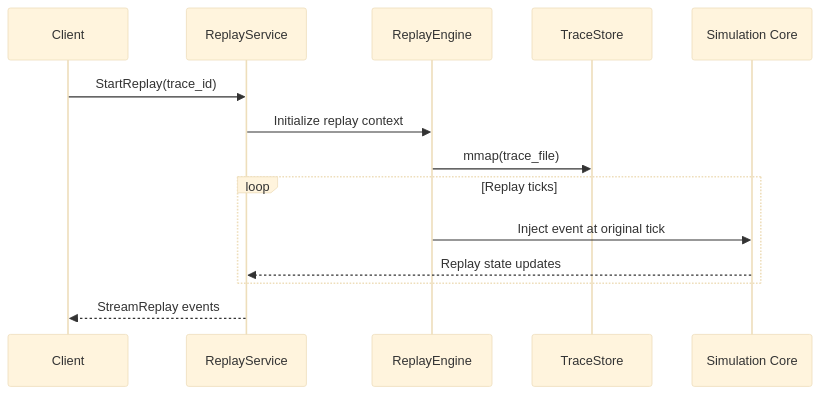
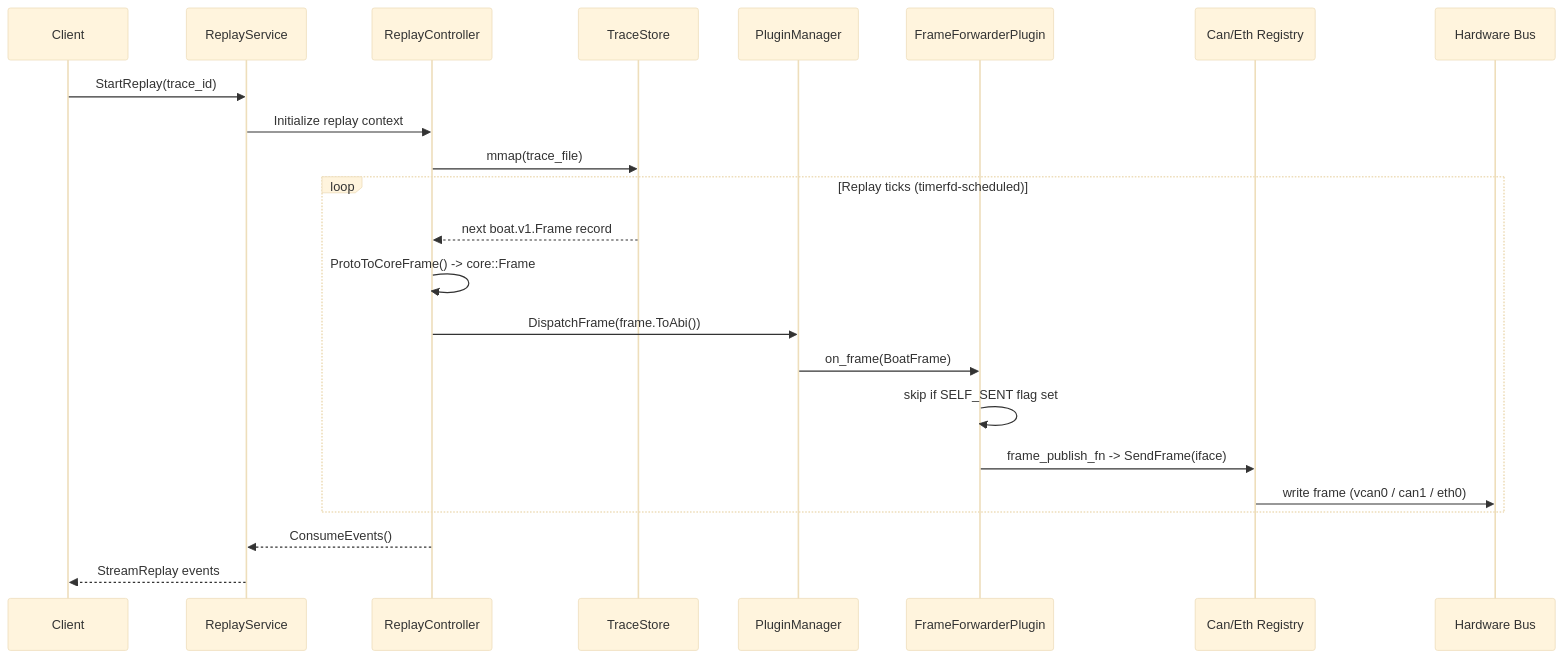
Before and after one commit to AlexTech-stack/BoAt: the fourth of 5 diagrams in boat-platform/docs/diagrams/sequence-diagrams.md, drawn with Mermaid (base theme). The commit also changed other lines of this file and 8 other files, not shown here.

First line of the commit message:
docs: update architecture docs for ABI v8 plugin-focused architecture

````diff
--- a/boat-platform/docs/diagrams/sequence-diagrams.md
+++ b/boat-platform/docs/diagrams/sequence-diagrams.md
@@ -69,17 +73,26 @@
 ```mermaid
 sequenceDiagram
     participant Client
     participant ReplaySvc as ReplayService
-    participant Replay as ReplayEngine
+    participant Replay as ReplayController
     participant Store as TraceStore
-    participant Core as Simulation Core
+    participant PM as PluginManager
+    participant FF as FrameForwarderPlugin
+    participant Reg as Can/Eth Registry
+    participant Bus as Hardware Bus
 
     Client->>ReplaySvc: StartReplay(trace_id)
     ReplaySvc->>Replay: Initialize replay context
     Replay->>Store: mmap(trace_file)
-    loop Replay ticks
-        Replay->>Core: Inject event at original tick
-        Core-->>ReplaySvc: Replay state updates
+    loop Replay ticks (timerfd-scheduled)
+        Store-->>Replay: next boat.v1.Frame record
+        Replay->>Replay: ProtoToCoreFrame() -> core::Frame
+        Replay->>PM: DispatchFrame(frame.ToAbi())
+        PM->>FF: on_frame(BoatFrame)
+        FF->>FF: skip if SELF_SENT flag set
+        FF->>Reg: frame_publish_fn -> SendFrame(iface)
+        Reg->>Bus: write frame (vcan0 / can1 / eth0)
     end
+    Replay-->>ReplaySvc: ConsumeEvents()
     ReplaySvc-->>Client: StreamReplay events
 ```
````
